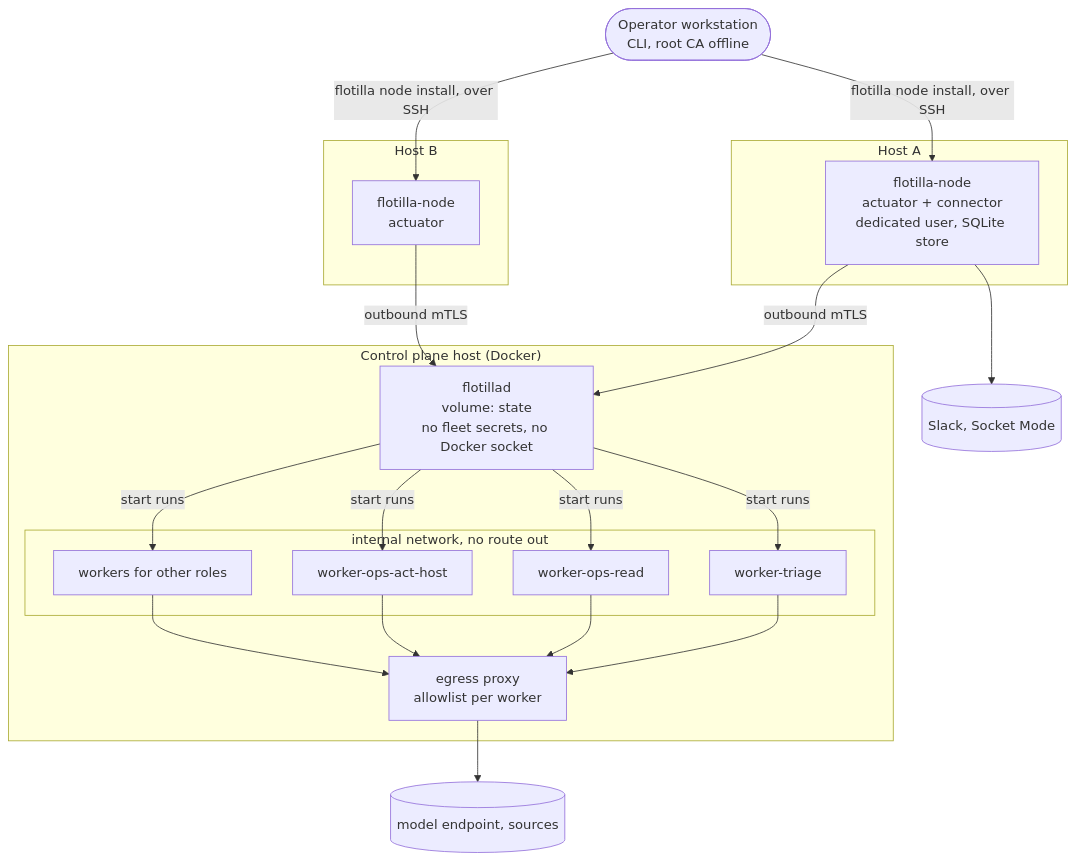
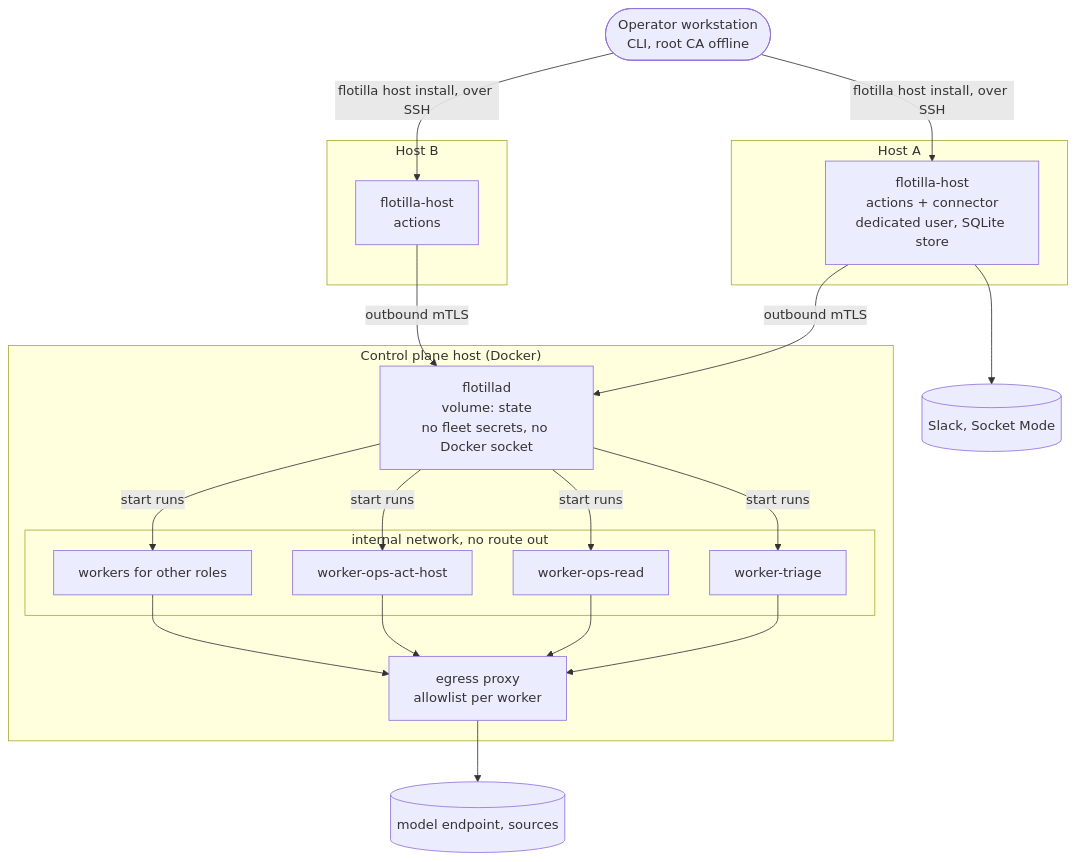
The diagram in docs/architecture/deployment.md (chipi/flotilla), drawn with Mermaid before and after one commit. The commit also changed other lines of this file and 9 other files, not shown here.

````diff
--- a/docs/architecture/deployment.md
+++ b/docs/architecture/deployment.md
@@ -14,26 +14,26 @@
 ```mermaid
 flowchart TB
     subgraph CPH["Control plane host (Docker)"]
         F[flotillad<br/>volume: state<br/>no fleet secrets, no Docker socket]
         subgraph Internal["internal network, no route out"]
             WT[worker-triage]
             WR[worker-ops-read]
             WA[worker-ops-act-host]
             WO[workers for other roles]
         end
         E[egress proxy<br/>allowlist per worker]
     end
     subgraph H1["Host A"]
-        NA[flotilla-node<br/>actuator + connector<br/>dedicated user, SQLite store]
+        NA[flotilla-host<br/>actions + connector<br/>dedicated user, SQLite store]
     end
     subgraph H2["Host B"]
-        NB[flotilla-node<br/>actuator]
+        NB[flotilla-host<br/>actions]
     end
     Op([Operator workstation<br/>CLI, root CA offline])
     F -- start runs --> WT & WR & WA & WO
     WT & WR & WA & WO --> E
     E --> Out[(model endpoint, sources)]
     NA & NB -- outbound mTLS --> F
-    Op -- flotilla node install, over SSH --> NA & NB
+    Op -- flotilla host install, over SSH --> NA & NB
     NA --> Slack[(Slack, Socket Mode)]
 ```
````
